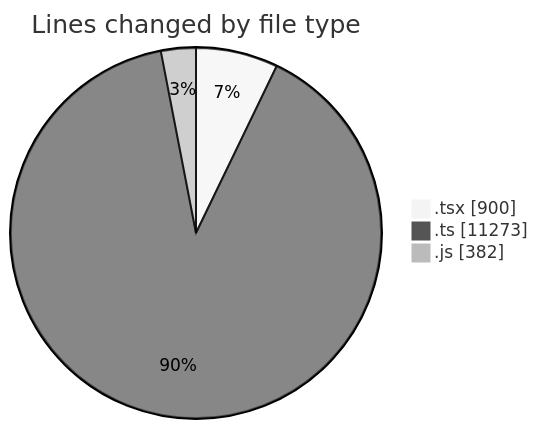
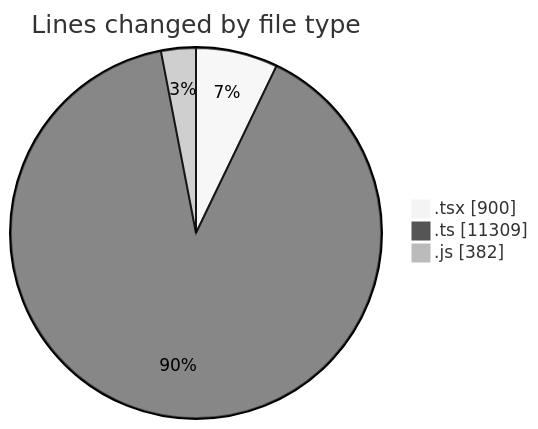
Before and after one commit to momahboobian/code-tracking: the first of 2 diagrams in 2025-11-26/cda/README.md, drawn with Mermaid (neutral theme). The commit also changed other lines of this file and 1 other file, not shown here.

````diff
--- a/2025-11-26/cda/README.md
+++ b/2025-11-26/cda/README.md
@@ -26,7 +26,7 @@
 ```mermaid
 pie showData
 title Lines changed by file type
 ".tsx" : 900
-".ts" : 11273
+".ts" : 11309
 ".js" : 382
 ```
````
